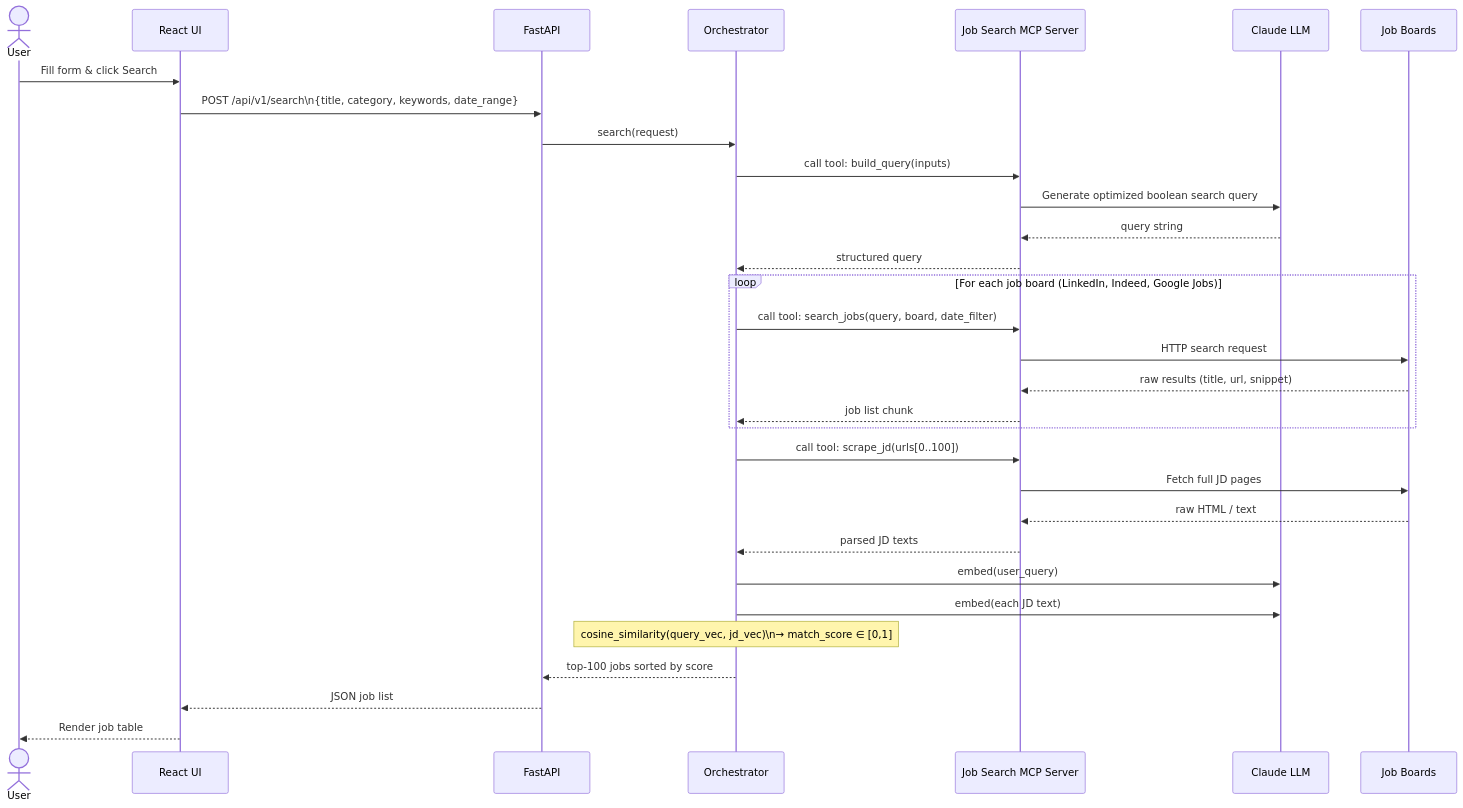
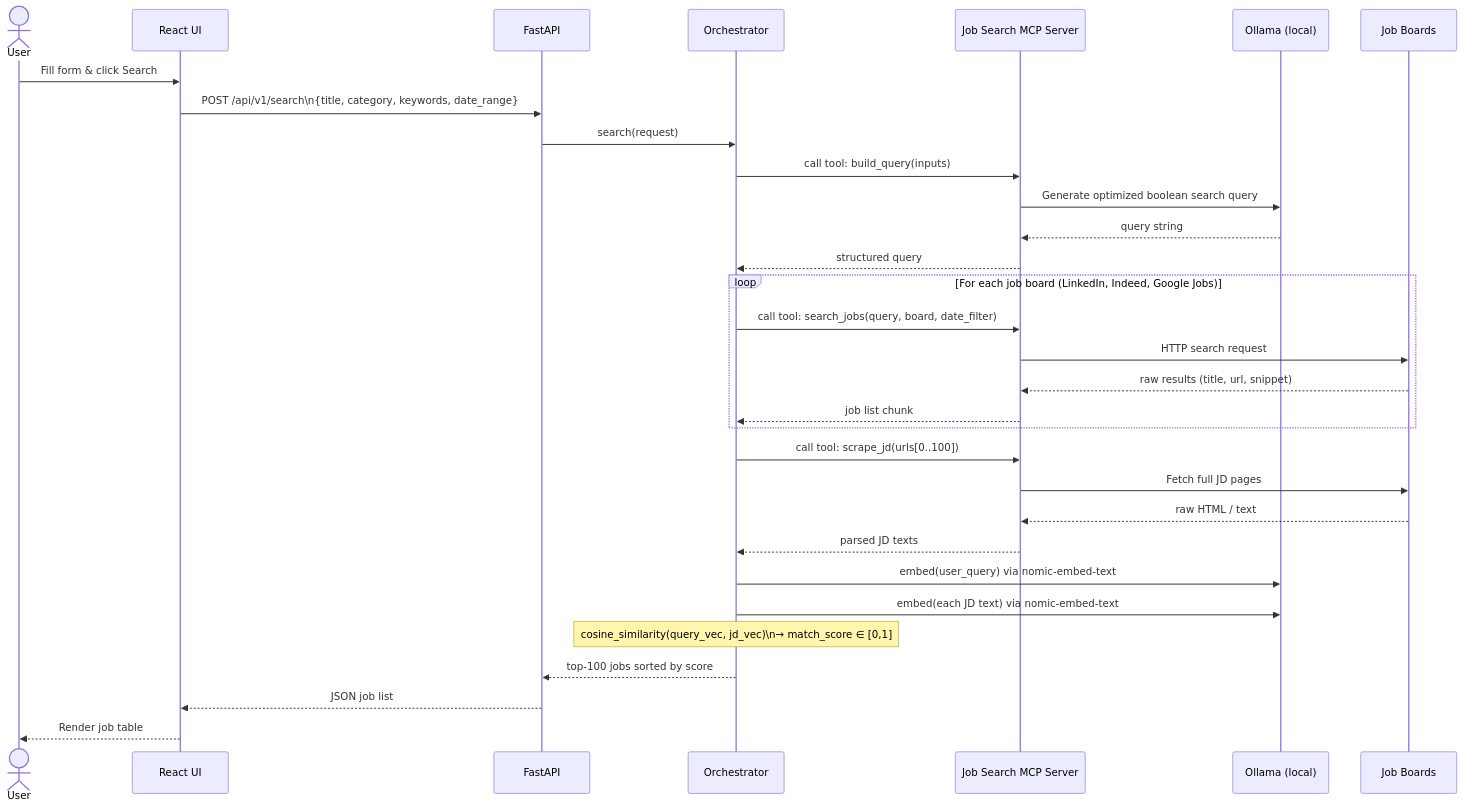
Before and after one commit to chuan2019/JobReqPilot: the fourth of 7 diagrams in docs/ARCHITECTURE.md, drawn with Mermaid. The commit also changed other lines of this file, not shown here.

Commit message:
AGTAI-13 update architecture design

````diff
--- a/docs/ARCHITECTURE.md
+++ b/docs/ARCHITECTURE.md
@@ -135,34 +143,34 @@
 ```mermaid
 sequenceDiagram
     actor User
     participant UI as React UI
     participant API as FastAPI
     participant Orch as Orchestrator
     participant SearchMCP as Job Search MCP Server
-    participant LLM as Claude LLM
+    participant Ollama as Ollama (local)
     participant Web as Job Boards
 
     User->>UI: Fill form & click Search
     UI->>API: POST /api/v1/search\n{title, category, keywords, date_range}
     API->>Orch: search(request)
     Orch->>SearchMCP: call tool: build_query(inputs)
-    SearchMCP->>LLM: Generate optimized boolean search query
-    LLM-->>SearchMCP: query string
+    SearchMCP->>Ollama: Generate optimized boolean search query
+    Ollama-->>SearchMCP: query string
     SearchMCP-->>Orch: structured query
     loop For each job board (LinkedIn, Indeed, Google Jobs)
         Orch->>SearchMCP: call tool: search_jobs(query, board, date_filter)
         SearchMCP->>Web: HTTP search request
         Web-->>SearchMCP: raw results (title, url, snippet)
         SearchMCP-->>Orch: job list chunk
     end
     Orch->>SearchMCP: call tool: scrape_jd(urls[0..100])
     SearchMCP->>Web: Fetch full JD pages
     Web-->>SearchMCP: raw HTML / text
     SearchMCP-->>Orch: parsed JD texts
-    Orch->>LLM: embed(user_query)
-    Orch->>LLM: embed(each JD text)
+    Orch->>Ollama: embed(user_query) via nomic-embed-text
+    Orch->>Ollama: embed(each JD text) via nomic-embed-text
     Note over Orch: cosine_similarity(query_vec, jd_vec)\n→ match_score ∈ [0,1]
     Orch-->>API: top-100 jobs sorted by score
     API-->>UI: JSON job list
     UI-->>User: Render job table
 ```
````
